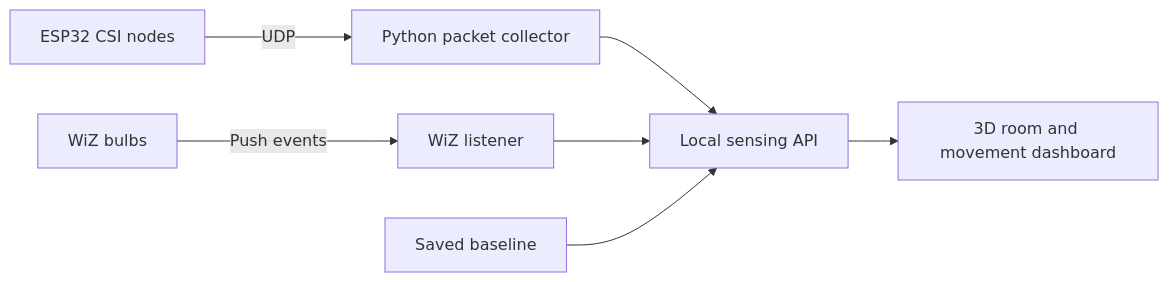
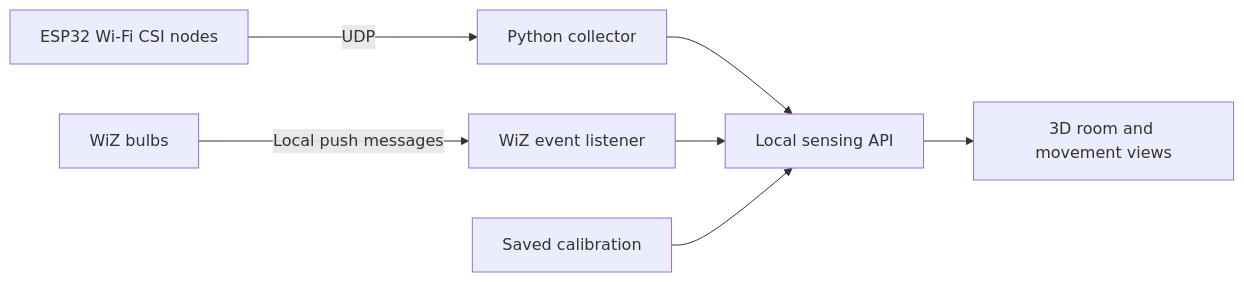
One commit to aryamanmittal24/ruview-bedroom changed the diagram in README.md. Above: the diagram before and after it, drawn with Mermaid. The commit also changed other lines of this file and 2 other files, not shown here.

Commit message:
docs: explain the sensing experiment visually

````diff
--- a/README.md
+++ b/README.md
@@ -17,9 +42,9 @@
 ```mermaid
 flowchart LR
-  ESP[ESP32 CSI nodes] -->|UDP| Collector[Python packet collector]
-  Bulbs[WiZ bulbs] -->|Push events| Listener[WiZ listener]
-  Collector --> API[Local sensing API]
-  Listener --> API
-  Calibration[Saved baseline] --> API
-  API --> UI[3D room and movement dashboard]
+    Nodes[ESP32 Wi-Fi CSI nodes] -->|UDP| Collector[Python collector]
+    Lights[WiZ bulbs] -->|Local push messages| Listener[WiZ event listener]
+    Collector --> API[Local sensing API]
+    Listener --> API
+    Baseline[Saved calibration] --> API
+    API --> Dashboard[3D room and movement views]
 ```
````
